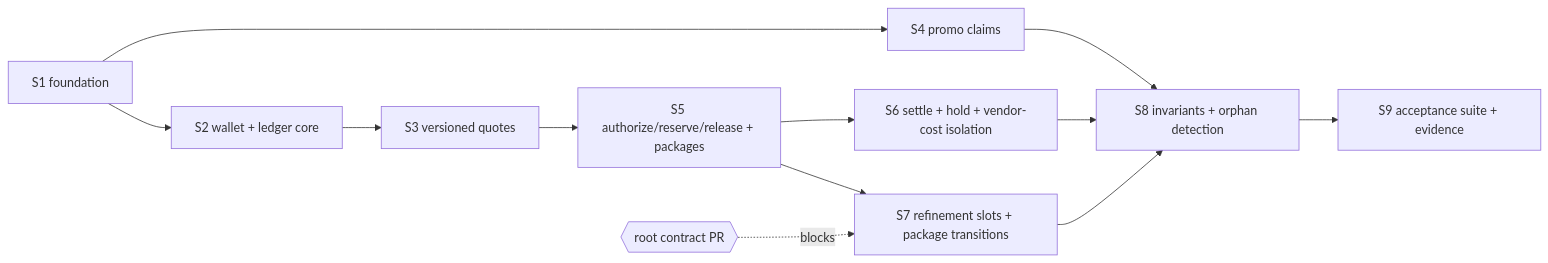
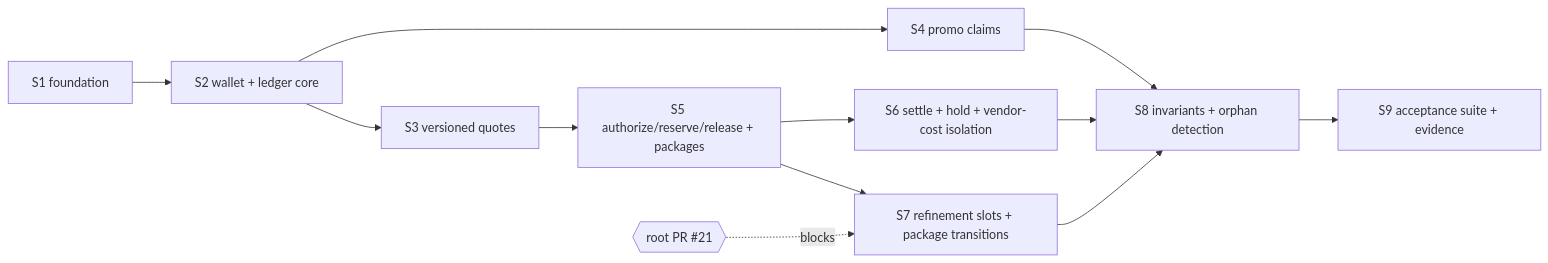
One commit to TheCrimsonMarket/vynvori changed the diagram in docs/implementation/M7-Plan.md. Above: the diagram before and after it, drawn with Mermaid. The commit also changed other lines of this file, not shown here.

First line of the commit message:
docs(m7): apply root plan review and CI/contract corrections (plan rev 4)

````diff
--- a/docs/implementation/M7-Plan.md
+++ b/docs/implementation/M7-Plan.md
@@ -130,14 +128,14 @@
 ```mermaid
 flowchart LR
  S1[S1 foundation] --> S2[S2 wallet + ledger core]
- S1 --> S4[S4 promo claims]
+ S2 --> S4[S4 promo claims]
  S2 --> S3[S3 versioned quotes]
  S3 --> S5[S5 authorize/reserve/release + packages]
  S5 --> S6[S6 settle + hold + vendor-cost isolation]
  S5 --> S7[S7 refinement slots + package transitions]
  S4 --> S8[S8 invariants + orphan detection]
  S6 --> S8
  S7 --> S8
  S8 --> S9[S9 acceptance suite + evidence]
- Q7{{root contract PR}} -.blocks.-> S7
+ Q7{{root PR #21}} -.blocks.-> S7
 ```
````
